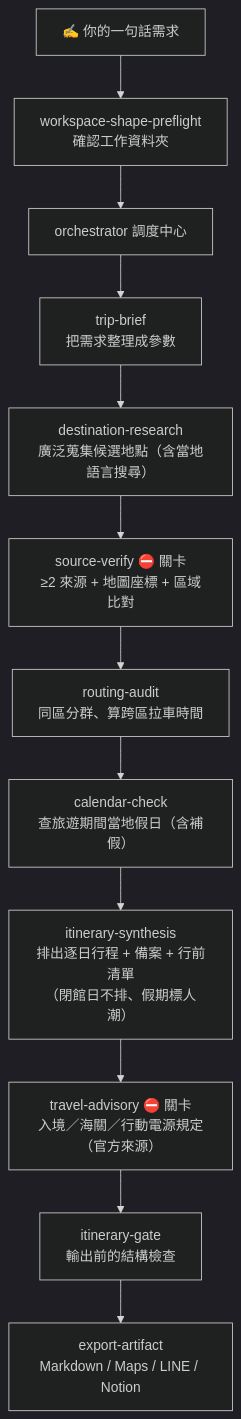
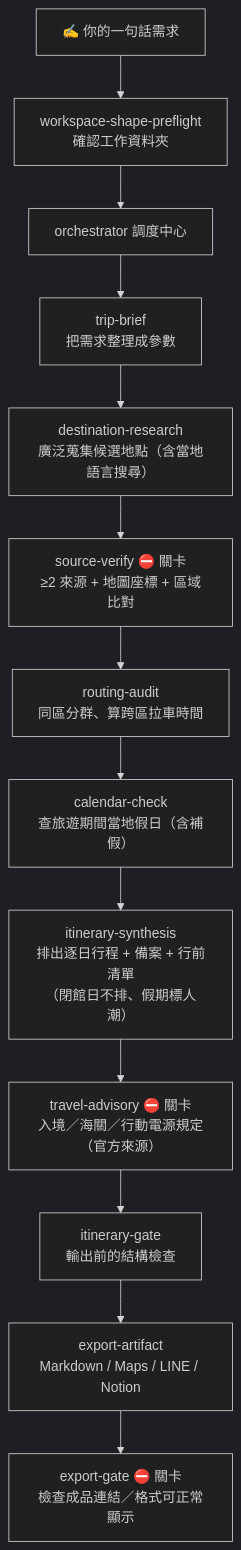
One commit to helping-ai-workflow/tripwork changed the diagram in README.md. Above: the diagram before and after it, drawn with Mermaid (dark theme). The commit also changed other lines of this file, not shown here.

Commit message:
docs(readme): add export-gate to pipeline, name-as-link + source link in §3

````diff
--- a/README.md
+++ b/README.md
@@ -95,15 +95,16 @@
 ```mermaid
 flowchart TB
     P["✍️ 你的一句話需求"]
     P --> WSP["workspace-shape-preflight<br/>確認工作資料夾"]
     WSP --> ORC["orchestrator 調度中心"]
     ORC --> TB["trip-brief<br/>把需求整理成參數"]
     TB --> DR["destination-research<br/>廣泛蒐集候選地點（含當地語言搜尋）"]
     DR --> SV["source-verify ⛔ 關卡<br/>≥2 來源 + 地圖座標 + 區域比對"]
     SV --> RA["routing-audit<br/>同區分群、算跨區拉車時間"]
     RA --> CAL["calendar-check<br/>查旅遊期間當地假日（含補假）"]
     CAL --> SYN["itinerary-synthesis<br/>排出逐日行程 + 備案 + 行前清單<br/>（閉館日不排、假期標人潮）"]
     SYN --> ADV["travel-advisory ⛔ 關卡<br/>入境／海關／行動電源規定（官方來源）"]
     ADV --> GATE["itinerary-gate<br/>輸出前的結構檢查"]
     GATE --> EXP["export-artifact<br/>Markdown / Maps / LINE / Notion"]
+    EXP --> EGATE["export-gate ⛔ 關卡<br/>檢查成品連結／格式可正常顯示"]
 ```
````
